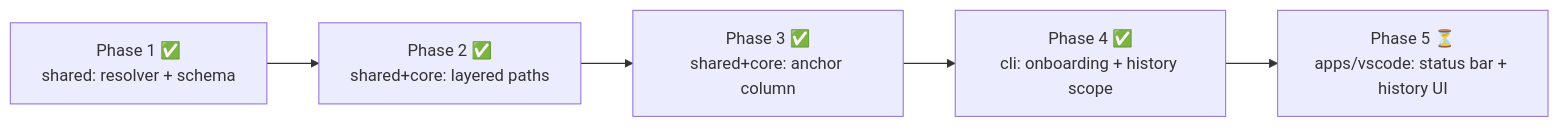
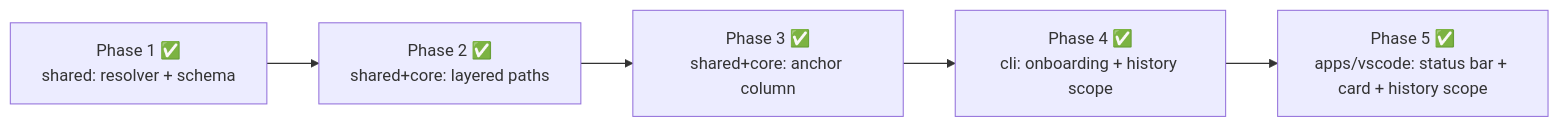
Before and after one commit to cline/cline: the diagram in docs/rfcs/0001-hierarchical-workspaces/04-phased-implementation-roadmap.md, drawn with Mermaid. The commit also changed other lines of this file, not shown here.

First line of the commit message:
docs(rfcs): record RFC 0001 Phase 5 as built

````diff
--- a/docs/rfcs/0001-hierarchical-workspaces/04-phased-implementation-roadmap.md
+++ b/docs/rfcs/0001-hierarchical-workspaces/04-phased-implementation-roadmap.md
@@ -31,7 +31,7 @@
 ```mermaid
 flowchart LR
     P1["Phase 1 ✅<br/>shared: resolver + schema"] --> P2["Phase 2 ✅<br/>shared+core: layered paths"]
     P2 --> P3["Phase 3 ✅<br/>shared+core: anchor column"]
     P3 --> P4["Phase 4 ✅<br/>cli: onboarding + history scope"]
-    P4 --> P5["Phase 5 ⏳<br/>apps/vscode: status bar + history UI"]
+    P4 --> P5["Phase 5 ✅<br/>apps/vscode: status bar + card + history scope"]
 ```
````
